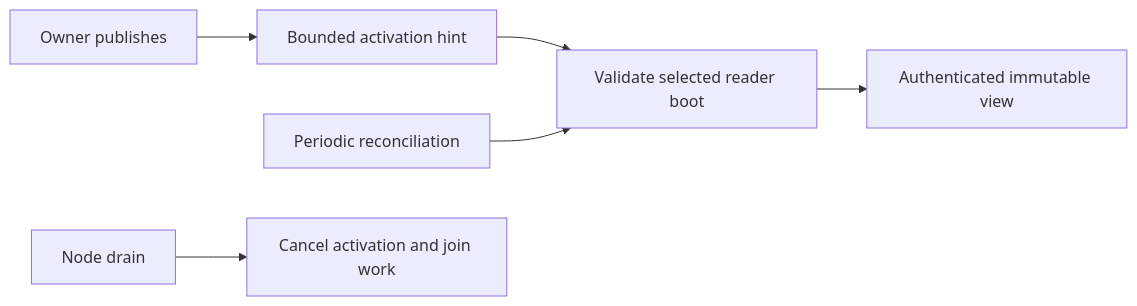
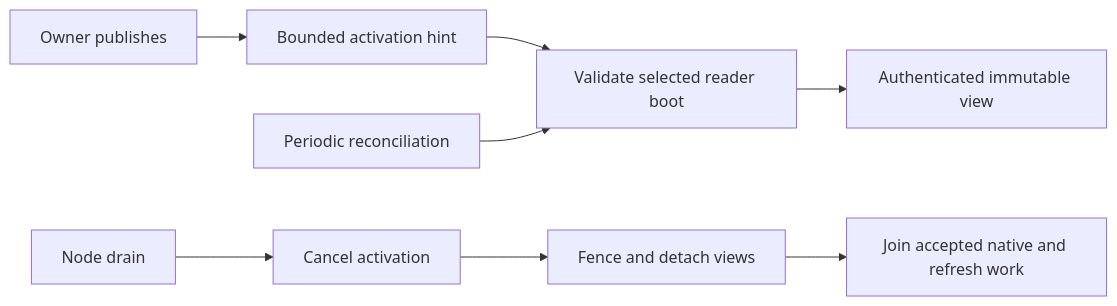
Before and after one commit to crabbuild/cellule: the diagram in crates/cellule-host/docs/read-replicas.md, drawn with Mermaid. The commit also changed other lines of this file and 10 other files, not shown here.

````diff
--- a/crates/cellule-host/docs/read-replicas.md
+++ b/crates/cellule-host/docs/read-replicas.md
@@ -3,8 +3,10 @@
 ```mermaid
 flowchart LR
     Publish[Owner publishes] --> Hint[Bounded activation hint]
     Hint --> Select[Validate selected reader boot]
     Select --> View[Authenticated immutable view]
     Poll[Periodic reconciliation] --> Select
-    Drain[Node drain] --> Cancel[Cancel activation and join work]
+    Drain[Node drain] --> Cancel[Cancel activation]
+    Cancel --> Close[Fence and detach views]
+    Close --> Join[Join accepted native and refresh work]
 ```
````
